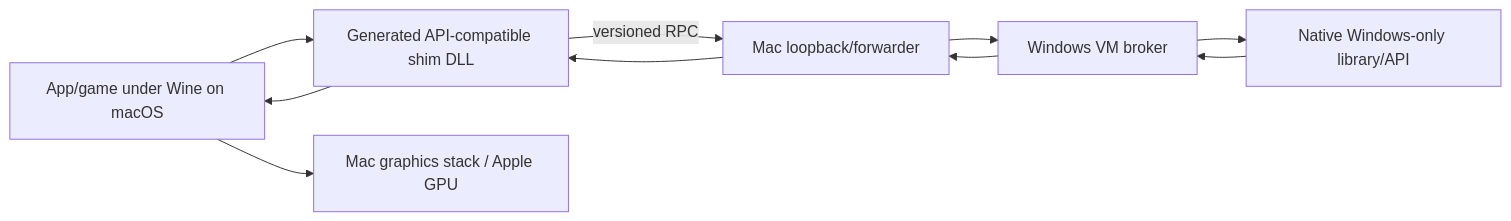
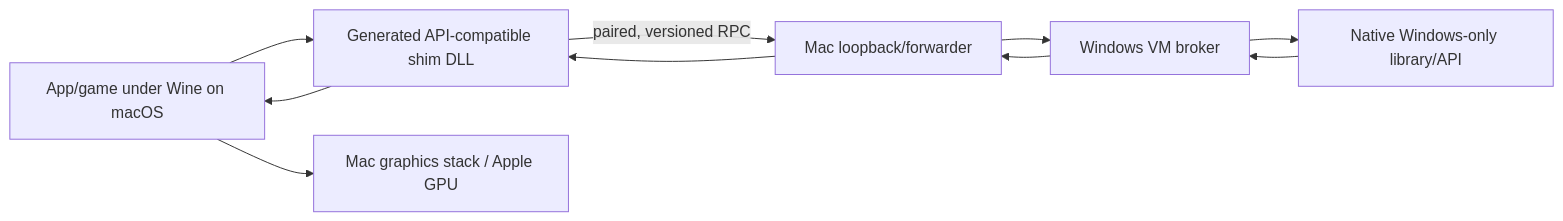
The first of 3 diagrams in docs/architecture.md (WorkingPrinciple/winapi-vm-bridge), drawn with Mermaid before and after one commit. The commit also changed other lines of this file and 7 other files, not shown here.

Commit message:
Clarify Mac-to-Windows DLL flow and visual

````diff
--- a/docs/architecture.md
+++ b/docs/architecture.md
@@ -5,9 +5,9 @@
 ```mermaid
 flowchart LR
   G[App/game under Wine on macOS] --> S[Generated API-compatible shim DLL]
-  S -->|versioned RPC| M[Mac loopback/forwarder]
+  S -->|paired, versioned RPC| M[Mac loopback/forwarder]
   M --> W[Windows VM broker]
   W --> A[Native Windows-only library/API]
   A --> W --> M --> S --> G
   G --> GPU[Mac graphics stack / Apple GPU]
 ```
````
